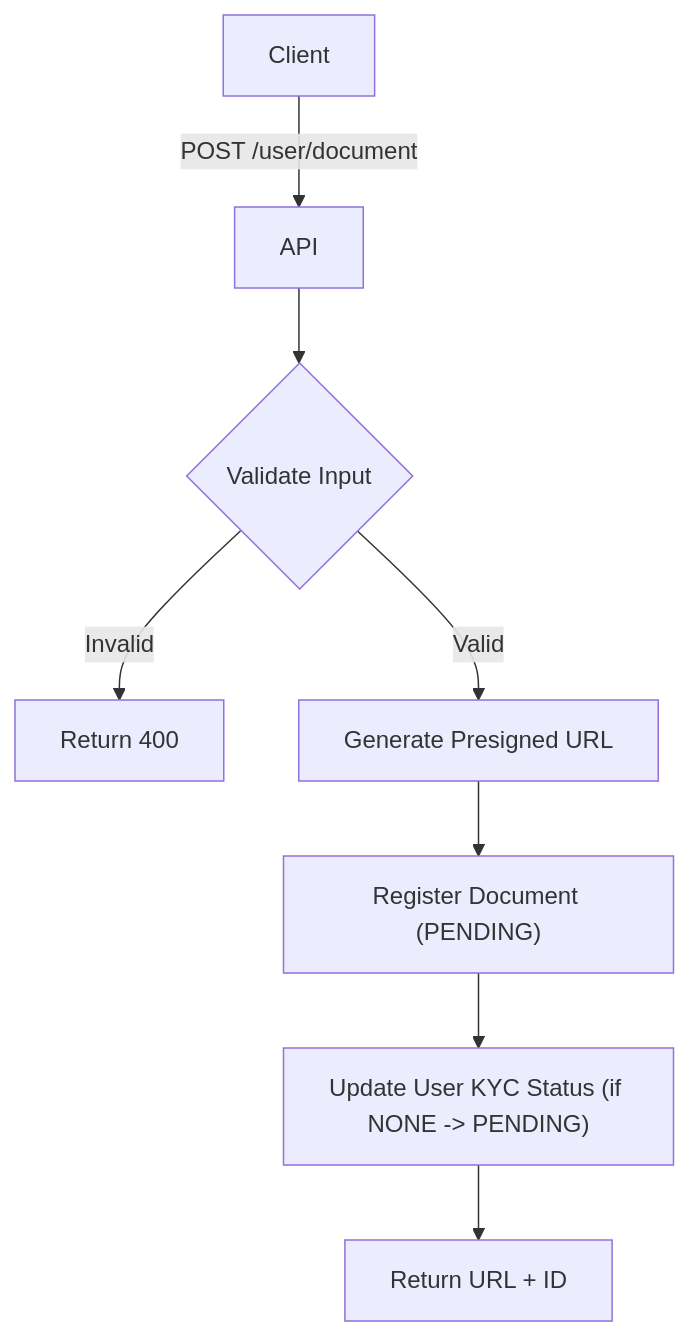
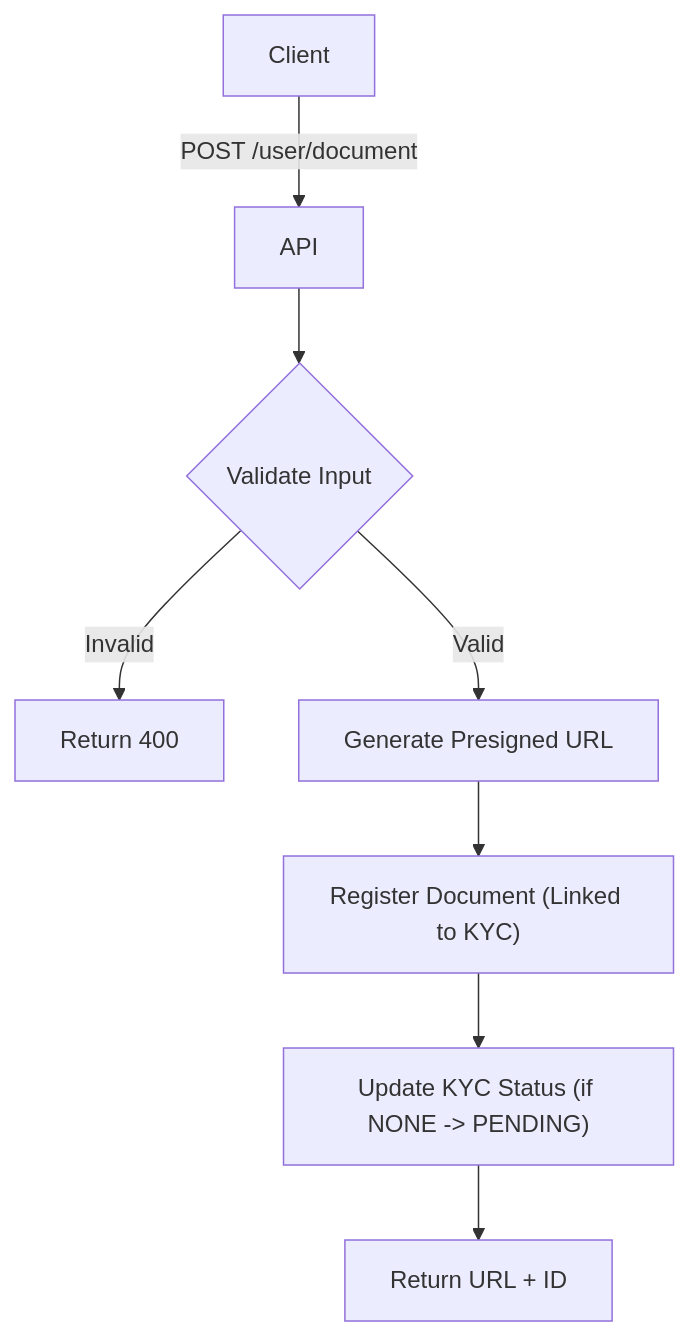
Before and after one commit to leandroluk/investor: the diagram in apps/doc/src/content/api/user/upload-document.mdx, drawn with Mermaid. The commit also changed 108 other files, not shown here.

````diff
--- a/apps/doc/src/content/api/user/upload-document.mdx
+++ b/apps/doc/src/content/api/user/upload-document.mdx
@@ -30,10 +30,10 @@
 ```mermaid
 flowchart TD
     A["Client"] -- "POST /user/document" --> B["API"]
     B --> C{"Validate Input"}
     C -- "Invalid" --> D["Return 400"]
     C -- "Valid" --> E["Generate Presigned URL"]
-    E --> F["Register Document (PENDING)"]
-    F --> G["Update User KYC Status (if NONE -> PENDING)"]
+    E --> F["Register Document (Linked to KYC)"]
+    F --> G["Update KYC Status (if NONE -> PENDING)"]
     G --> H["Return URL + ID"]
 ```
````
